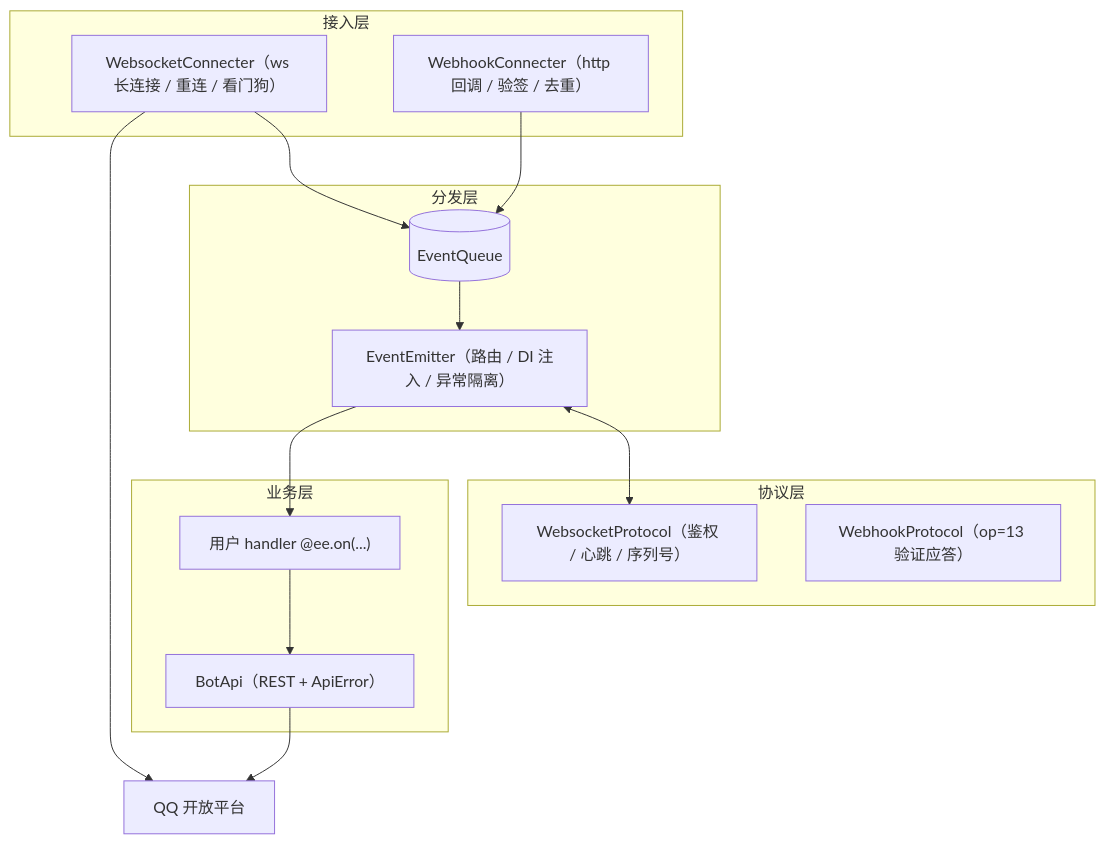
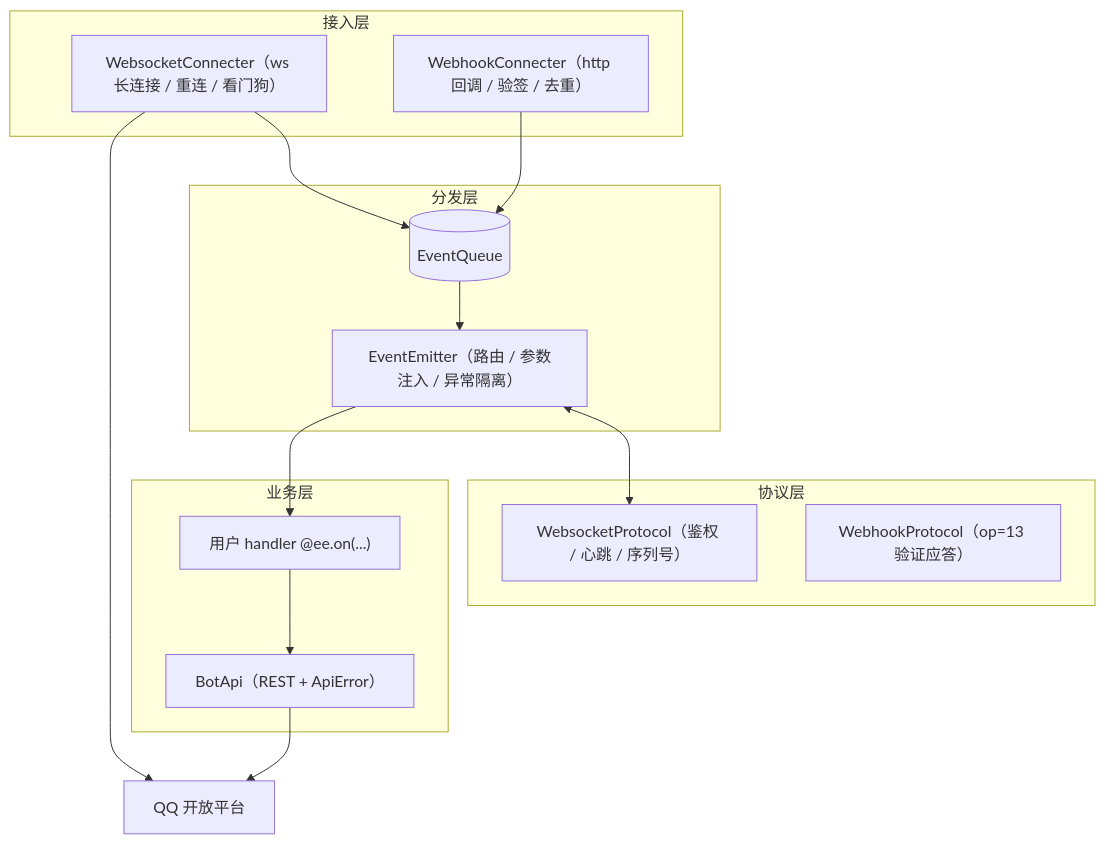
One commit to snowy-yang/qqbotsdk changed the diagram in README.md. Above: the diagram before and after it, drawn with Mermaid. The commit also changed other lines of this file and 15 other files, not shown here.

````diff
--- a/README.md
+++ b/README.md
@@ -9,29 +9,29 @@
 ```mermaid
 flowchart TB
     subgraph 接入层
         WS["WebsocketConnecter（ws 长连接 / 重连 / 看门狗）"]
         WH["WebhookConnecter（http 回调 / 验签 / 去重）"]
     end
     subgraph 分发层
         Q[("EventQueue")]
-        EE["EventEmitter（路由 / DI 注入 / 异常隔离）"]
+        EE["EventEmitter（路由 / 参数注入 / 异常隔离）"]
     end
     subgraph 协议层
         WSP["WebsocketProtocol（鉴权 / 心跳 / 序列号）"]
         WHP["WebhookProtocol（op=13 验证应答）"]
     end
     subgraph 业务层
         API["BotApi（REST + ApiError）"]
         USER["用户 handler @ee.on(...)"]
     end
     QQ["QQ 开放平台"]
 
     WS --> Q
     WH --> Q
     Q --> EE
     EE <--> WSP
     EE --> USER
     USER --> API
     API --> QQ
     WS --> QQ
 ```
````
